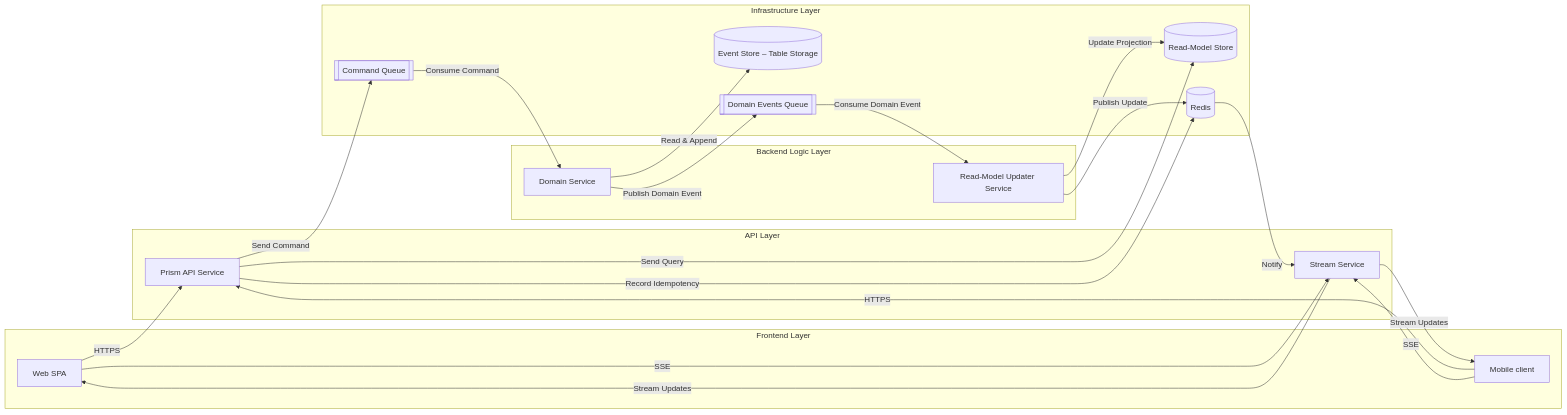
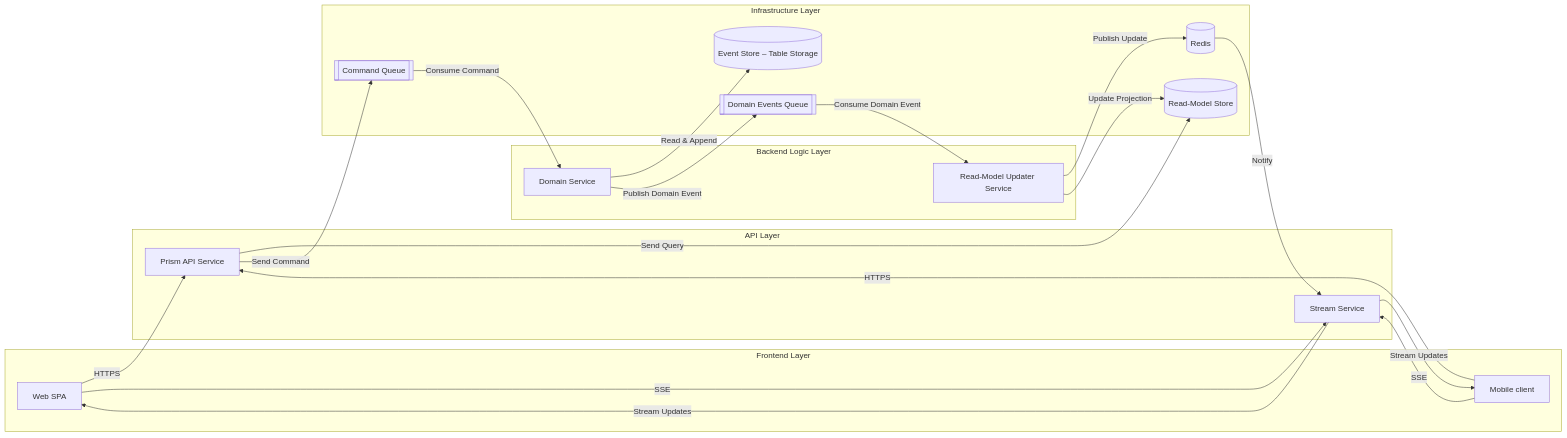
Before and after one commit to MisterVVP/prism-plan: the diagram in docs/es_design.md, drawn with Mermaid. The commit also changed other lines of this file and 8 other files, not shown here.

````diff
--- a/docs/es_design.md
+++ b/docs/es_design.md
@@ -9,47 +9,46 @@
 ```mermaid
 flowchart LR
   %% ─── Frontend ───────────────────
   subgraph FE_LAYER ["Frontend Layer"]
     WFE[Web SPA]
     MFE[Mobile client]
   end
 
   %% ─── API ────────────────────────
   subgraph API_LAYER ["API Layer"]
     API[Prism API Service]
     SS[Stream Service]
   end
 
   %% ─── Backend Logic ──────────────
   subgraph BL_LAYER ["Backend Logic Layer"]
     DS[Domain Service]
     RMU[Read-Model Updater Service]
   end
 
   %% ─── Infrastructure ────────────
   subgraph INFRA_LAYER ["Infrastructure Layer"]
     CQ[[Command Queue]]
     ES[(Event Store – Table Storage)]
     DEQ[[Domain Events Queue]]
     RM[(Read-Model Store)]
     RS[(Redis)]
   end
 
   %% ─── Flows ─────────────────────
   MFE -->|HTTPS| API
   WFE -->|HTTPS| API
   MFE -->|SSE| SS
   WFE -->|SSE| SS
   SS -->|Stream Updates| MFE
   SS -->|Stream Updates| WFE
   RMU -->|Publish Update| RS
   RS -->|Notify| SS
   API -->|Send Query| RM
-  API -->|Record Idempotency| RS
   API -->|Send Command| CQ
   CQ -->|Consume Command| DS
   DS -->|Read &amp; Append| ES
   DS -->|Publish Domain Event| DEQ
   DEQ -->|Consume Domain Event| RMU
   RMU -->|Update Projection| RM
 ```
````
